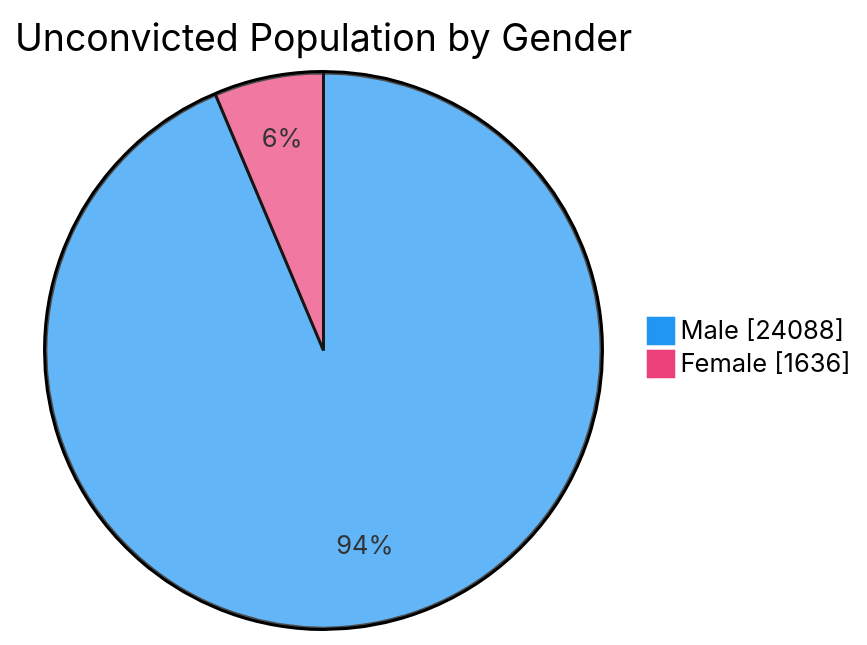
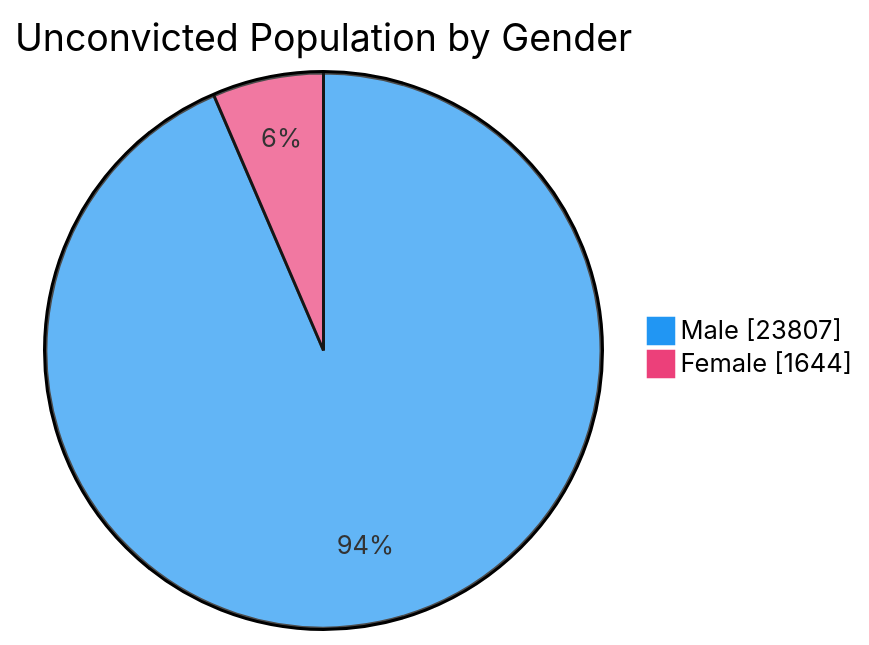
One commit to nuuuwan/lk_prisons changed the fourth of 7 diagrams in README.md. Above: the diagram before and after it, drawn with Mermaid. The commit also changed other lines of this file and 1 other file, not shown here.

````diff
--- a/README.md
+++ b/README.md
@@ -76,6 +76,6 @@
 ```mermaid
 %%{init: {'themeVariables': {'pie1': '#2196F3', 'pie2': '#EC407A'}}}%%
 pie showData title Unconvicted Population by Gender
-    "Male" : 24088
-    "Female" : 1636
+    "Male" : 23807
+    "Female" : 1644
 ```
````
